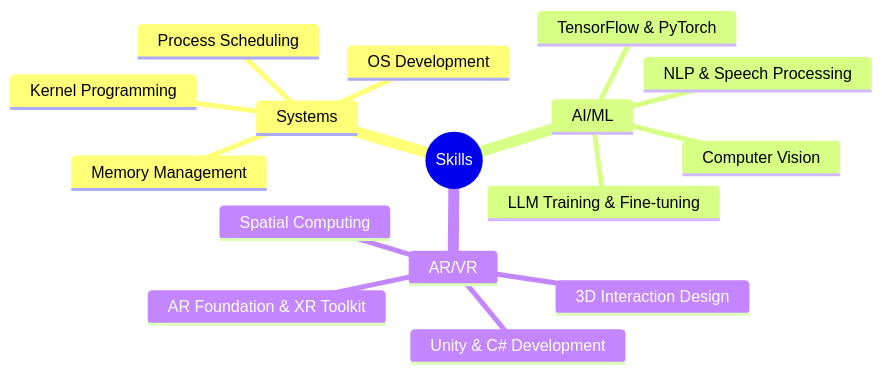
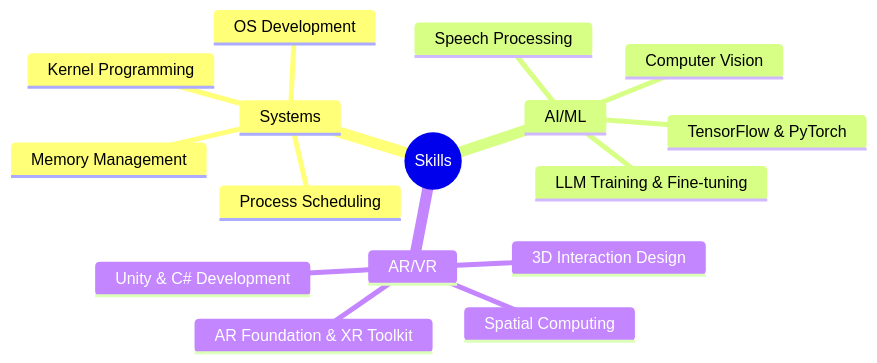
Before and after one commit to Mason-Baloun/Mason-Baloun: the diagram in README.md, drawn with Mermaid. The commit also changed other lines of this file, not shown here.

````diff
--- a/README.md
+++ b/README.md
@@ -101,19 +101,19 @@
 ```mermaid
 mindmap
   root((Skills))
     Systems
       OS Development
       Kernel Programming
       Memory Management
       Process Scheduling
     AI/ML
       LLM Training & Fine-tuning
       TensorFlow & PyTorch
       Computer Vision
-      NLP & Speech Processing
+      Speech Processing
     AR/VR
       Spatial Computing
       3D Interaction Design
       Unity & C# Development
       AR Foundation & XR Toolkit
 ```
````
